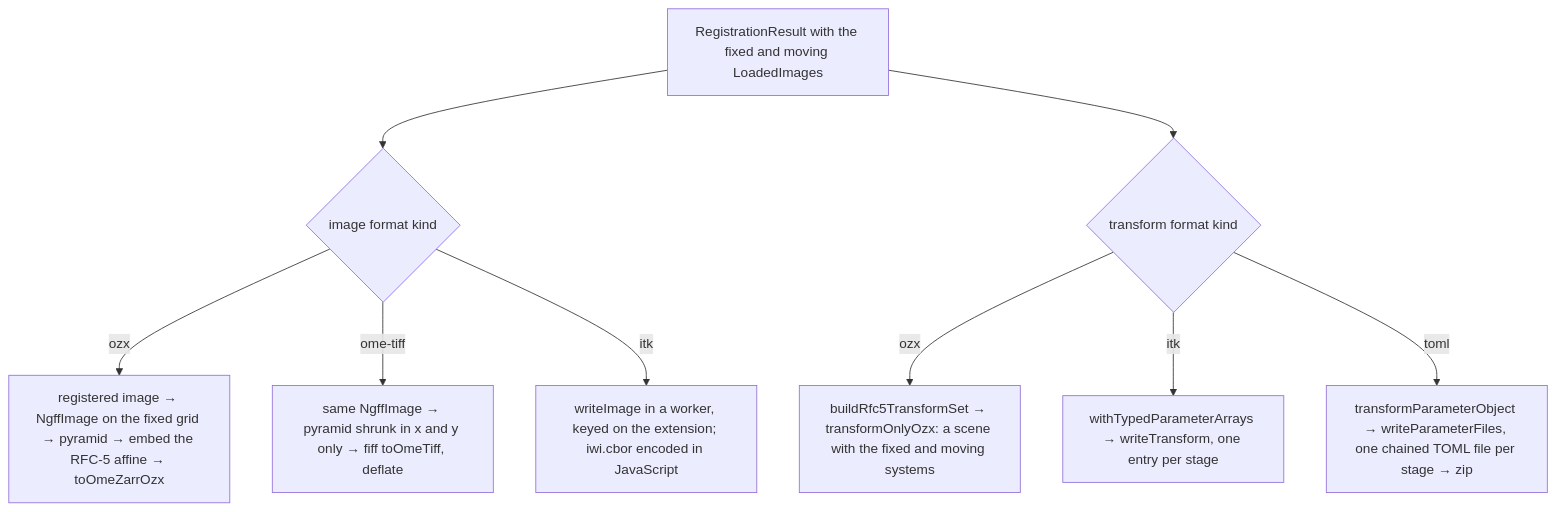
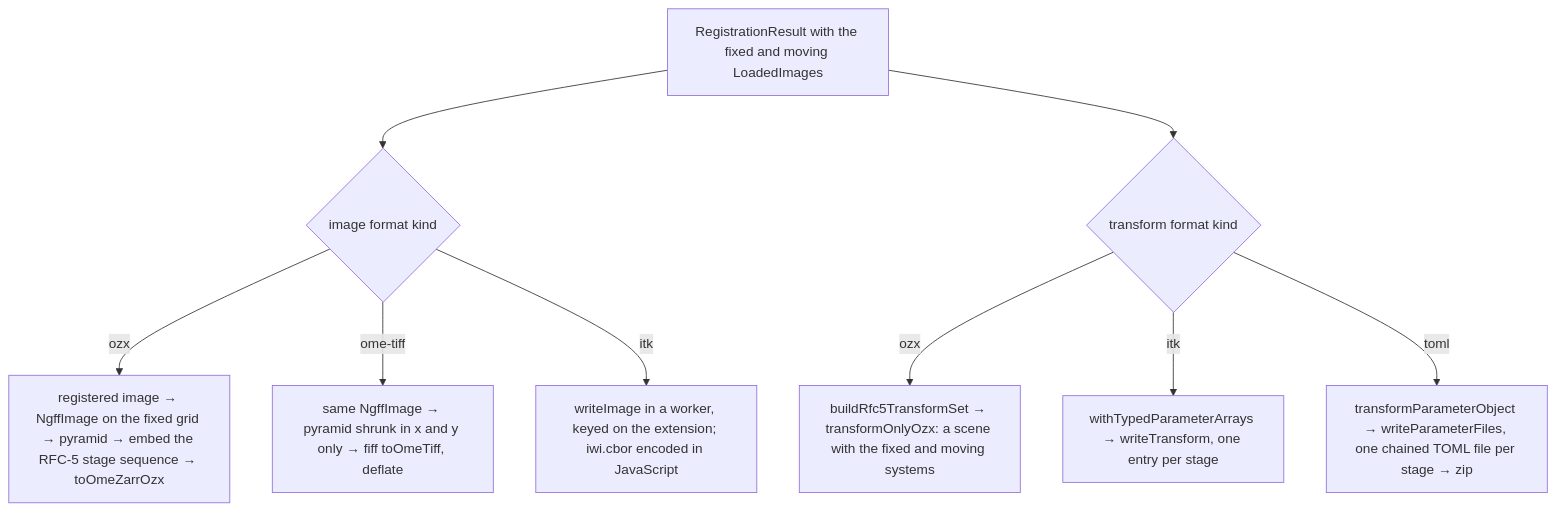
One commit to InsightSoftwareConsortium/ITKElastix changed the second of 2 diagrams in wasm/typescript/demo-app/docs/architecture/architecture-overview.md. Above: the diagram before and after it, drawn with Mermaid. The commit also changed other lines of this file and 10 other files, not shown here.

First line of the commit message:
ENH: Keep the elastix stages in the demo's OME-Zarr transform output

````diff
--- a/wasm/typescript/demo-app/docs/architecture/architecture-overview.md
+++ b/wasm/typescript/demo-app/docs/architecture/architecture-overview.md
@@ -241,11 +241,11 @@
 ```mermaid
 flowchart TD
   R["RegistrationResult with the fixed and moving LoadedImages"] --> IMG{"image format kind"}
-  IMG -->|ozx| P["registered image → NgffImage on the fixed grid → pyramid → embed the RFC-5 affine → toOmeZarrOzx"]
+  IMG -->|ozx| P["registered image → NgffImage on the fixed grid → pyramid → embed the RFC-5 stage sequence → toOmeZarrOzx"]
   IMG -->|ome-tiff| T["same NgffImage → pyramid shrunk in x and y only → fiff toOmeTiff, deflate"]
   IMG -->|itk| W["writeImage in a worker, keyed on the extension; iwi.cbor encoded in JavaScript"]
   R --> TR{"transform format kind"}
   TR -->|ozx| S["buildRfc5TransformSet → transformOnlyOzx: a scene with the fixed and moving systems"]
   TR -->|itk| WT["withTypedParameterArrays → writeTransform, one entry per stage"]
   TR -->|toml| J["transformParameterObject → writeParameterFiles, one chained TOML file per stage → zip"]
 ```
````
